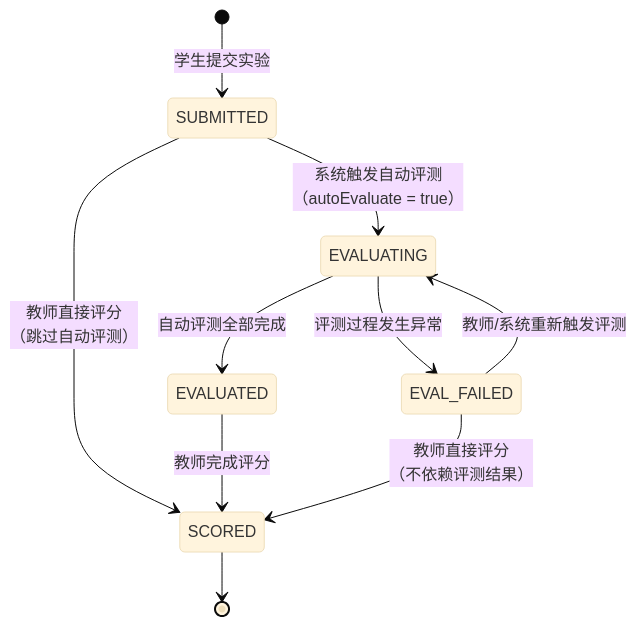
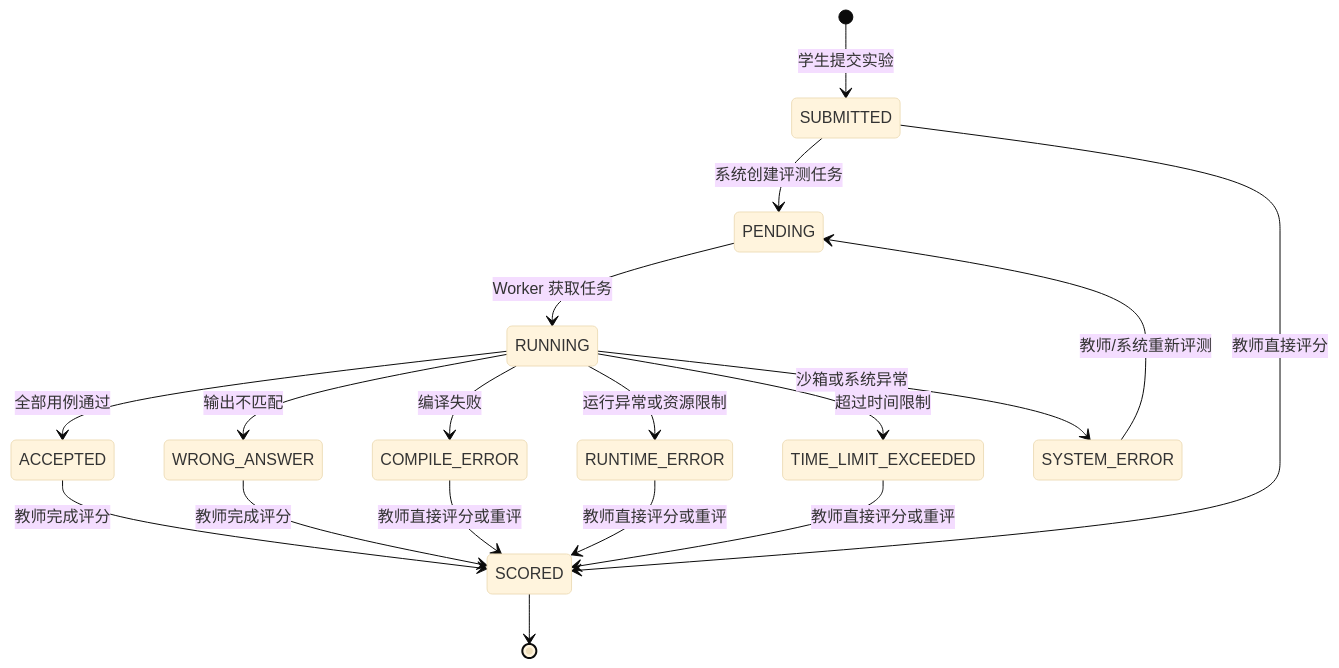
Before and after one commit to Cr4zyorange/OnlineJudge: the sixth of 7 diagrams in docs/过程/详细设计/LAB-实训实验模块-详细设计提交稿.md, drawn with Mermaid (base theme). The commit also changed other lines of this file and 10 other files, not shown here.

````diff
--- a/docs/过程/详细设计/LAB-实训实验模块-详细设计提交稿.md
+++ b/docs/过程/详细设计/LAB-实训实验模块-详细设计提交稿.md
@@ -712,12 +725,20 @@
 ```mermaid
 stateDiagram-v2
     [*] --> SUBMITTED: 学生提交实验
-    SUBMITTED --> EVALUATING: 系统触发自动评测<br/>（autoEvaluate = true）
-    SUBMITTED --> SCORED: 教师直接评分<br/>（跳过自动评测）
-    EVALUATING --> EVALUATED: 自动评测全部完成
-    EVALUATING --> EVAL_FAILED: 评测过程发生异常
-    EVALUATED --> SCORED: 教师完成评分
-    EVAL_FAILED --> EVALUATING: 教师/系统重新触发评测
-    EVAL_FAILED --> SCORED: 教师直接评分<br/>（不依赖评测结果）
+    SUBMITTED --> PENDING: 系统创建评测任务
+    PENDING --> RUNNING: Worker 获取任务
+    SUBMITTED --> SCORED: 教师直接评分
+    RUNNING --> ACCEPTED: 全部用例通过
+    RUNNING --> WRONG_ANSWER: 输出不匹配
+    RUNNING --> COMPILE_ERROR: 编译失败
+    RUNNING --> RUNTIME_ERROR: 运行异常或资源限制
+    RUNNING --> TIME_LIMIT_EXCEEDED: 超过时间限制
+    RUNNING --> SYSTEM_ERROR: 沙箱或系统异常
+    ACCEPTED --> SCORED: 教师完成评分
+    WRONG_ANSWER --> SCORED: 教师完成评分
+    COMPILE_ERROR --> SCORED: 教师直接评分或重评
+    RUNTIME_ERROR --> SCORED: 教师直接评分或重评
+    TIME_LIMIT_EXCEEDED --> SCORED: 教师直接评分或重评
+    SYSTEM_ERROR --> PENDING: 教师/系统重新评测
     SCORED --> [*]
 ```
````
